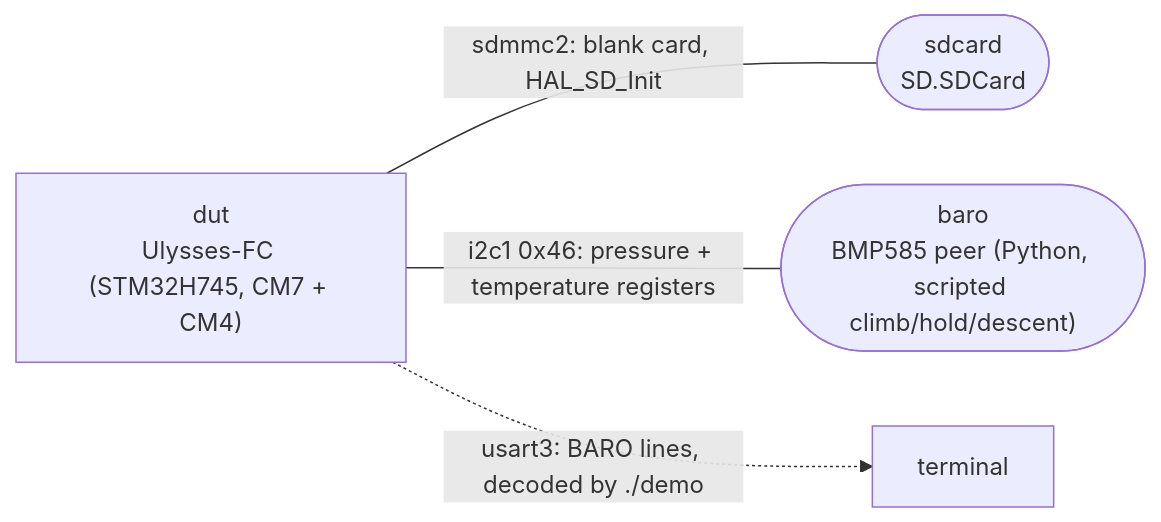
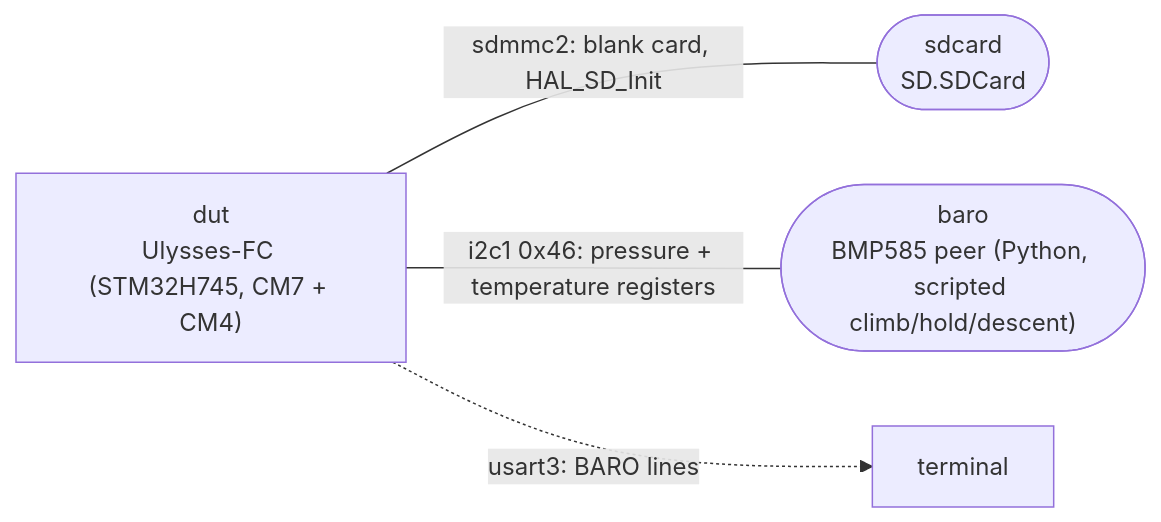
One commit to simantic-dev/ulysses changed the diagram in README.md. Above: the diagram before and after it, drawn with Mermaid. The commit also changed other lines of this file and 3 other files, not shown here.

Commit message:
Demo: stream the firmware-side log lines live (trace hits + USART3 BARO lines) instead of a summary table

````diff
--- a/README.md
+++ b/README.md
@@ -18,9 +20,9 @@
 ```mermaid
 flowchart LR
   dut["dut<br/>Ulysses-FC (STM32H745, CM7 + CM4)"]
   dut_sdcard(["sdcard<br/>SD.SDCard"])
   dut -- "sdmmc2: blank card, HAL_SD_Init" --- dut_sdcard
   dut_baro(["baro<br/>BMP585 peer (Python, scripted climb/hold/descent)"])
   dut -- "i2c1 0x46: pressure + temperature registers" --- dut_baro
-  dut -. "usart3: BARO lines, decoded by ./demo" .-> out["terminal"]
+  dut -. "usart3: BARO lines" .-> out["terminal"]
 ```
````
